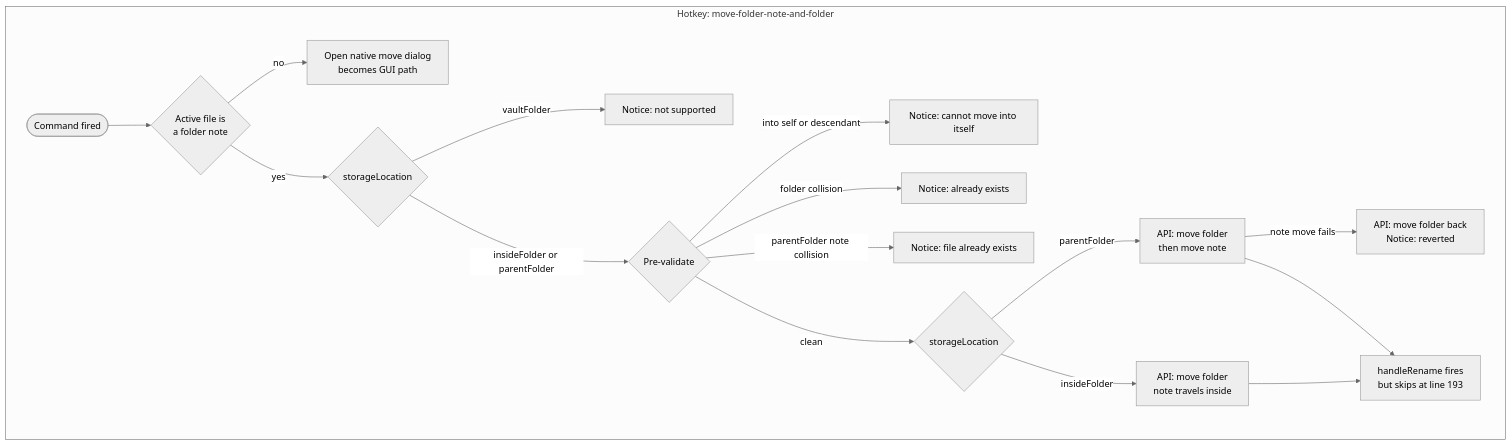
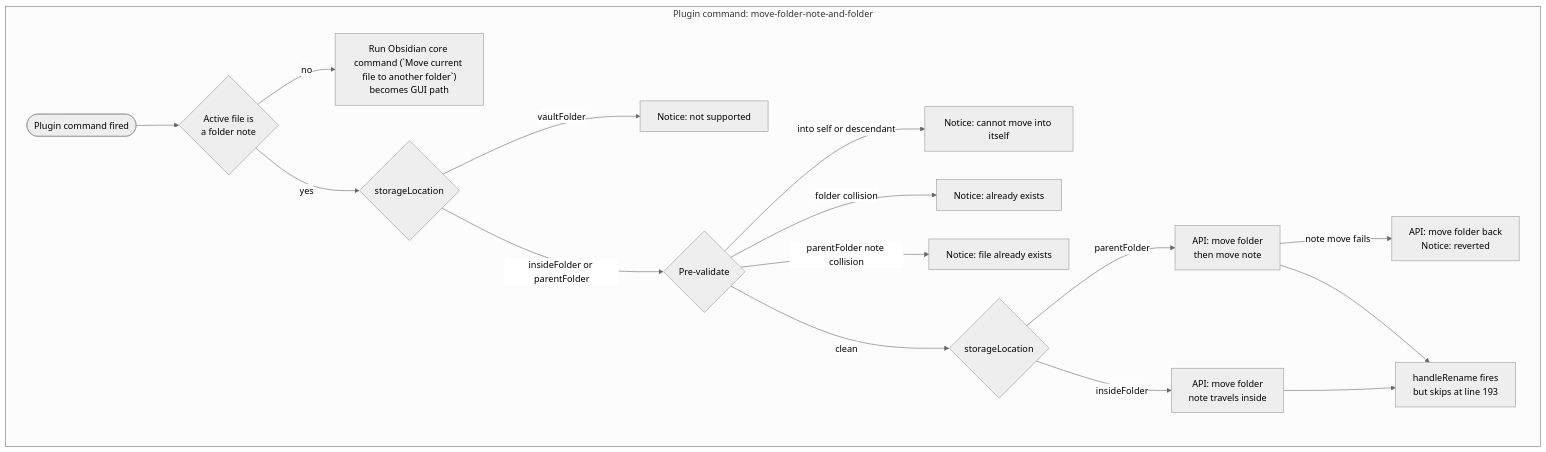
Before and after one commit to hollowhemlock/obsidian-folder-notes: the second of 3 diagrams in src/events/handleRename.md, drawn with Mermaid (neutral theme). The commit also changed other lines of this file, not shown here.

Commit message:
Clarify handleRename docs: plugin vs core commands and move flow context

````diff
--- a/src/events/handleRename.md
+++ b/src/events/handleRename.md
@@ -76,22 +107,22 @@
 ```mermaid
 graph TD
-    subgraph hotkey ["Hotkey: move-folder-note-and-folder"]
-        HK_START([Command fired]) --> HK_FILE{Active file is<br>a folder note}
-        HK_FILE -->|no| HK_FALLBACK["Open native move dialog<br>becomes GUI path"]
+    subgraph command ["Plugin command: move-folder-note-and-folder"]
+        HK_START([Plugin command fired]) --> HK_FILE{Active file is<br>a folder note}
+        HK_FILE -->|no| HK_FALLBACK["Run Obsidian core command (`Move current file to another folder`)<br>becomes GUI path"]
         HK_FILE -->|yes| HK_STORE{storageLocation}
         HK_STORE -->|vaultFolder| HK_UNSUP["Notice: not supported"]
         HK_STORE -->|insideFolder or parentFolder| HK_VAL{Pre-validate}
 
         HK_VAL -->|into self or descendant| HK_SELF["Notice: cannot move into itself"]
         HK_VAL -->|folder collision| HK_COLL["Notice: already exists"]
         HK_VAL -->|parentFolder note collision| HK_NCOLL["Notice: file already exists"]
         HK_VAL -->|clean| HK_EXEC{storageLocation}
 
         HK_EXEC -->|insideFolder| HK_INF["API: move folder<br>note travels inside"]
         HK_EXEC -->|parentFolder| HK_PAR["API: move folder<br>then move note"]
         HK_PAR -->|note move fails| HK_ROLL["API: move folder back<br>Notice: reverted"]
 
         HK_INF --> HK_GUARD["handleRename fires<br>but skips at line 193"]
         HK_PAR --> HK_GUARD
     end
 ```
````
